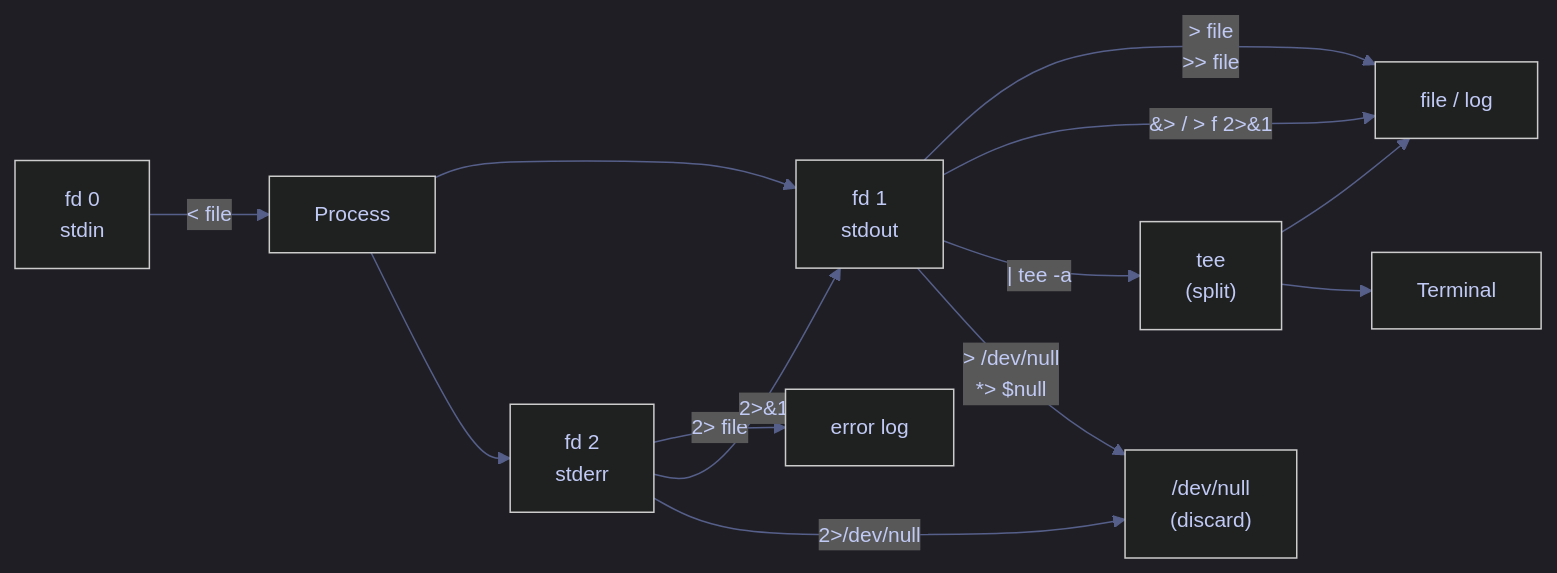
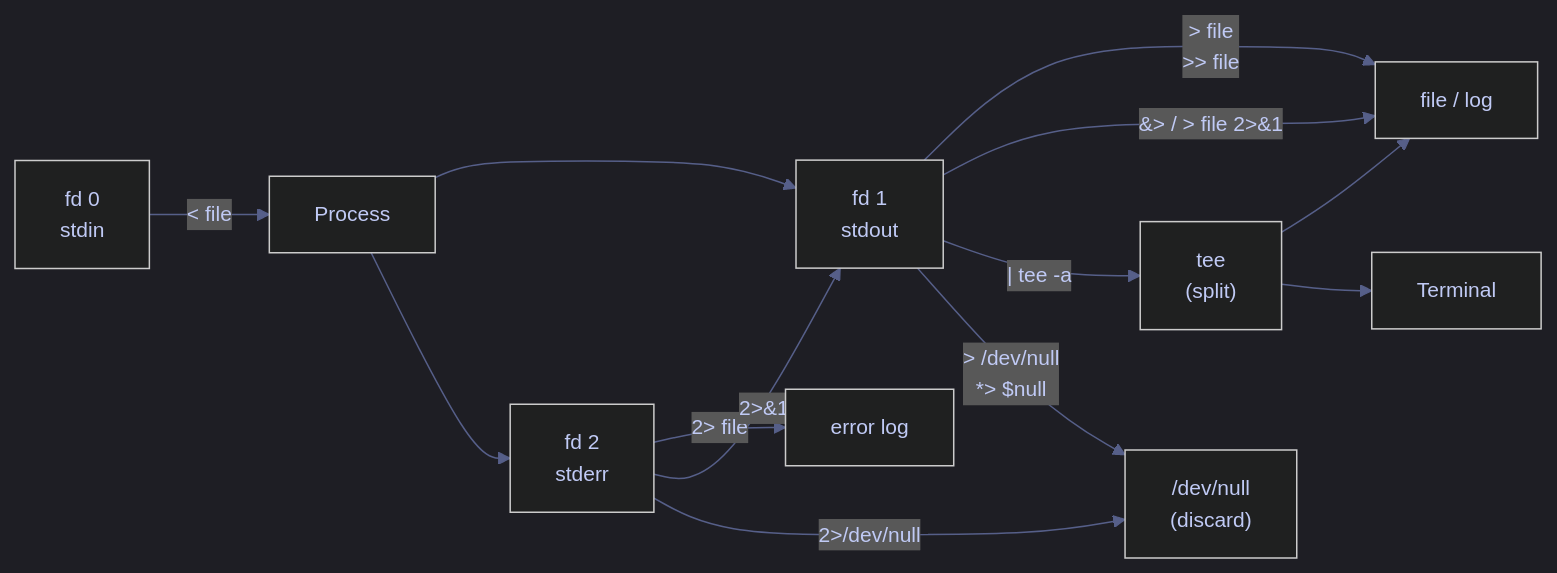
The diagram in content/01-Shell/01-Scripting/03-io-redirection.md (alp78/elysium), drawn with Mermaid before and after one commit. The commit also changed other lines of this file and 46 other files, not shown here.

````diff
--- a/content/01-Shell/01-Scripting/03-io-redirection.md
+++ b/content/01-Shell/01-Scripting/03-io-redirection.md
@@ -199,26 +146,26 @@
 ```mermaid
 %%{init: {'theme': 'dark', 'themeVariables': {'primaryColor': '#292e42','primaryTextColor': '#c0caf5','primaryBorderColor': '#565f89','lineColor': '#565f89','secondaryColor': '#1a1b26','tertiaryColor': '#24283b','noteTextColor': '#c0caf5','noteBkgColor': '#292e42','textColor': '#c0caf5','fontSize': '14px'}}}%%
 flowchart LR
     stdin["fd 0<br>stdin"]
     proc["Process"]
     stdout["fd 1<br>stdout"]
     stderr["fd 2<br>stderr"]
     file1["file / log"]
     file2["error log"]
     devnull["/dev/null<br>(discard)"]
     teenode["tee<br>(split)"]
     terminal["Terminal"]
 
     stdin -- "< file" --> proc
     proc --> stdout
     proc --> stderr
     stdout -- "> file<br>>> file" --> file1
     stderr -- "2> file" --> file2
-    stdout -- "&> / > f 2>&1" --> file1
+    stdout -- "&> / > file 2>&1" --> file1
     stderr -- "2>&1" --> stdout
     stdout -- "| tee -a" --> teenode
     teenode --> file1
     teenode --> terminal
     stdout -- "> /dev/null<br>*> $null" --> devnull
     stderr -- "2>/dev/null" --> devnull
 ```
````
